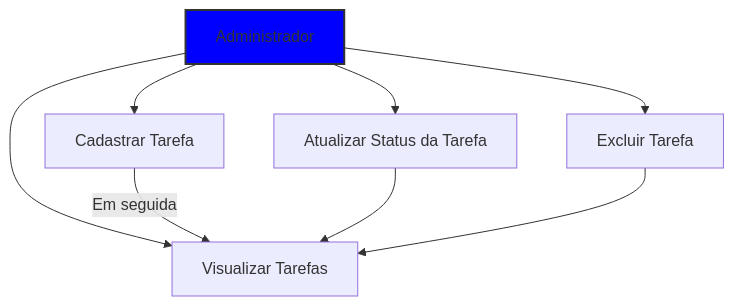
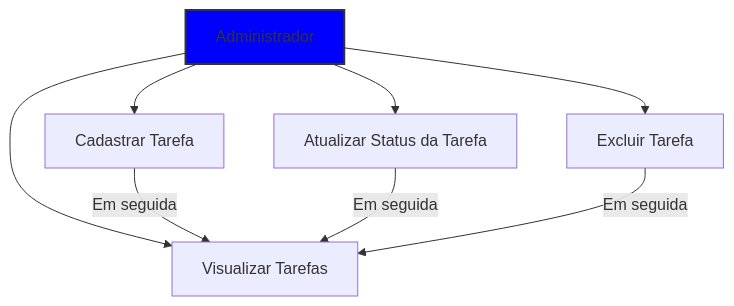
Before and after one commit to Paiva8859/PraticaSAEP: the second of 2 diagrams in README.md, drawn with Mermaid.

````diff
--- a/README.md
+++ b/README.md
@@ -39,13 +39,13 @@
 ```mermaid
 flowchart TD
     A[Administrador] --> B[Cadastrar Tarefa]
     A --> C[Atualizar Status da Tarefa]
     A --> D[Excluir Tarefa]
     A --> E[Visualizar Tarefas]
 
     B -- Em seguida --> E
-    C --> E
-    D --> E
+    C -- Em seguida --> E
+    D -- Em seguida --> E
     %% Estilo para o ator "Administrador"
     style A fill:#0000FF,stroke:#333,stroke-width:2px
 ```
````
